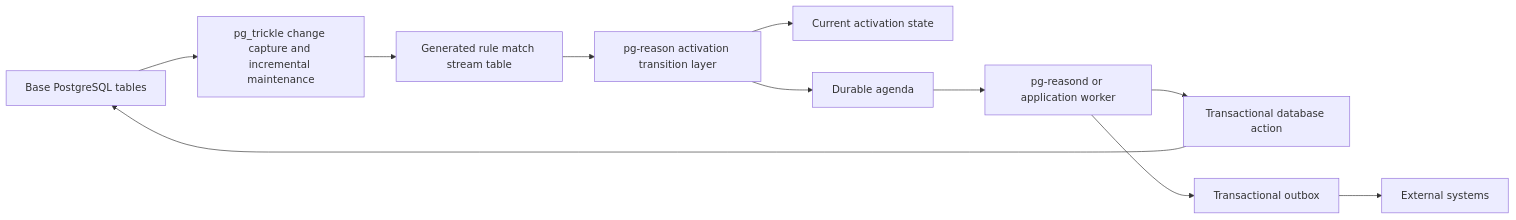
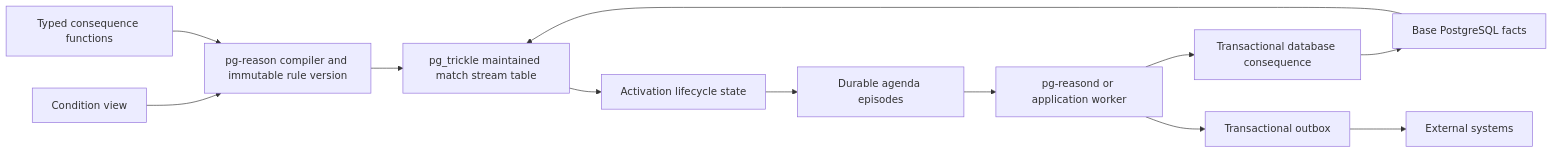
Before and after one commit to trickle-labs/pg-react: the first of 3 diagrams in DESIGN.md, drawn with Mermaid. The commit also changed other lines of this file, not shown here.

````diff
--- a/DESIGN.md
+++ b/DESIGN.md
@@ -38,13 +45,14 @@
 ```mermaid
 flowchart LR
-    A[Base PostgreSQL tables] --> B[pg_trickle change capture and incremental maintenance]
-    B --> C[Generated rule match stream table]
-    C --> D[pg-reason activation transition layer]
-    D --> E[Current activation state]
-    D --> F[Durable agenda]
-    F --> G[pg-reasond or application worker]
-    G --> H[Transactional database action]
-    G --> I[Transactional outbox]
-    H --> A
-    I --> J[External systems]
+    V[Condition view] --> C[pg-reason compiler and immutable rule version]
+    C --> T[pg_trickle maintained match stream table]
+    T --> A[Activation lifecycle state]
+    A --> Q[Durable agenda episodes]
+    F[Typed consequence functions] --> C
+    Q --> W[pg-reasond or application worker]
+    W --> D[Transactional database consequence]
+    W --> O[Transactional outbox]
+    D --> B[Base PostgreSQL facts]
+    O --> X[External systems]
+    B --> T
 ```
````
